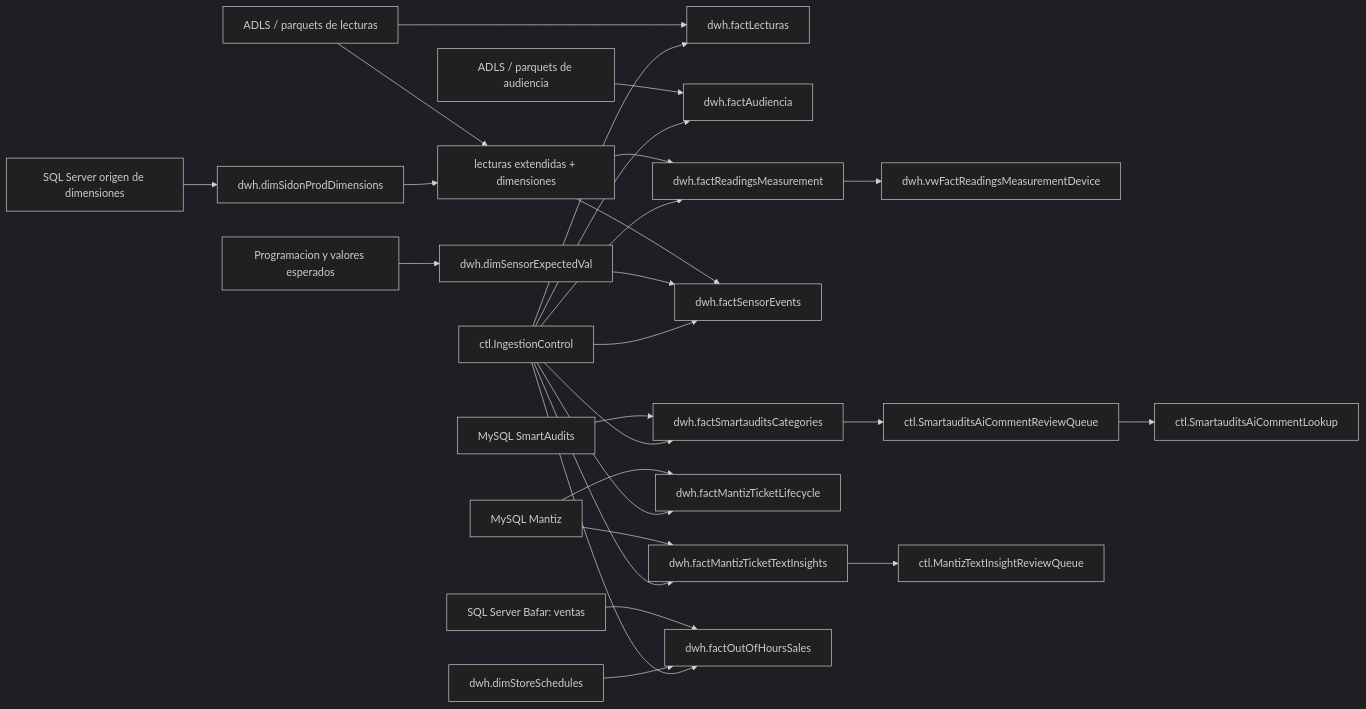
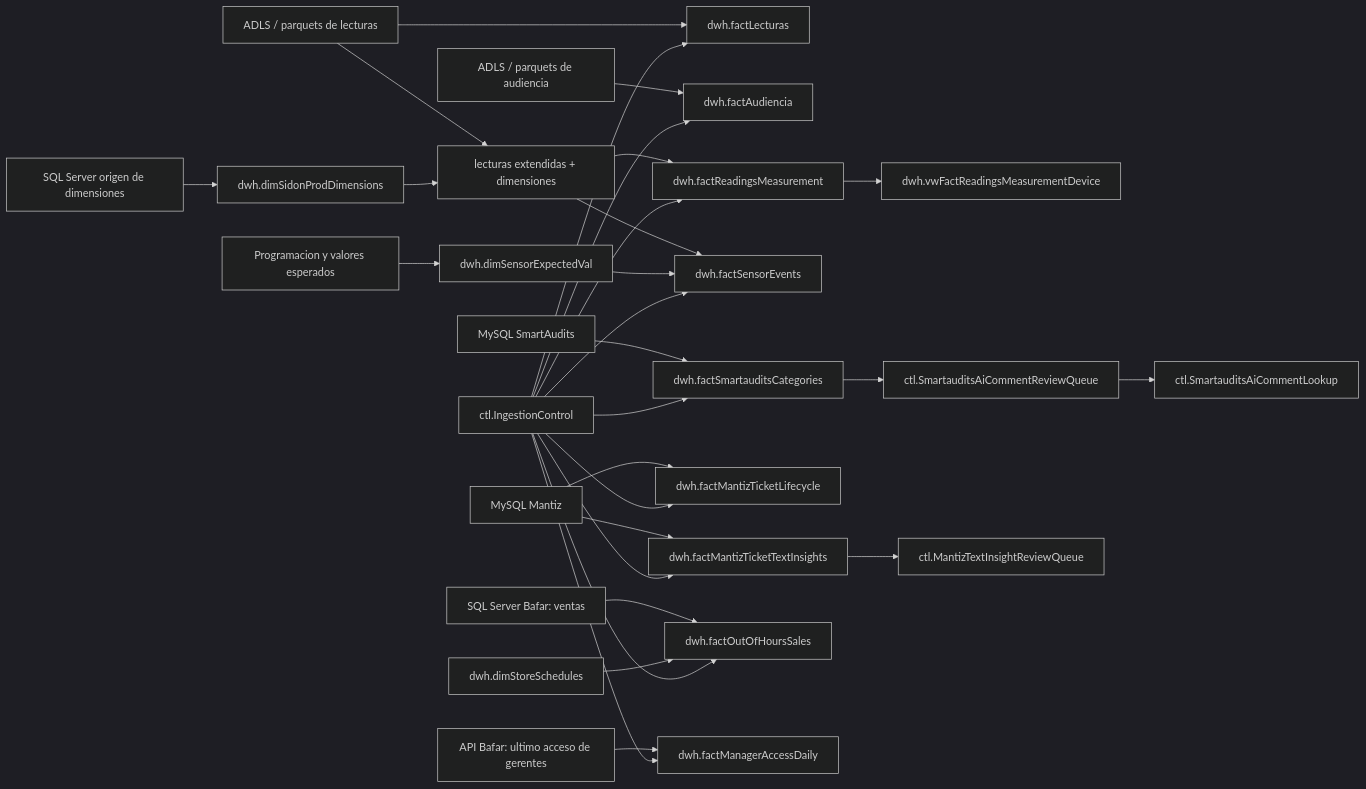
One commit to leotrevizo37/data-etls changed the diagram in docs/architecture/data_flow.md. Above: the diagram before and after it, drawn with Mermaid (dark theme). The commit also changed other lines of this file and 5 other files, not shown here.

````diff
--- a/docs/architecture/data_flow.md
+++ b/docs/architecture/data_flow.md
@@ -5,35 +5,38 @@
 ```mermaid
 flowchart LR
   adls["ADLS / parquets de lecturas"] --> factLecturas["dwh.factLecturas"]
   adls --> readingsExtended["lecturas extendidas + dimensiones"]
   audience["ADLS / parquets de audiencia"] --> factAudiencia["dwh.factAudiencia"]
   sqlDims["SQL Server origen de dimensiones"] --> dimSidon["dwh.dimSidonProdDimensions"]
   sqlSchedule["Programacion y valores esperados"] --> expected["dwh.dimSensorExpectedVal"]
 
   dimSidon --> readingsExtended
   readingsExtended --> measurements["dwh.factReadingsMeasurement"]
   measurements --> deviceView["dwh.vwFactReadingsMeasurementDevice"]
 
   readingsExtended --> sensorEvents["dwh.factSensorEvents"]
   expected --> sensorEvents
 
   smartauditsMySql["MySQL SmartAudits"] --> smartauditsFact["dwh.factSmartauditsCategories"]
   smartauditsFact --> smartauditsReview["ctl.SmartauditsAiCommentReviewQueue"]
   smartauditsReview --> smartauditsLookup["ctl.SmartauditsAiCommentLookup"]
 
   mantizMySql["MySQL Mantiz"] --> mantizLifecycle["dwh.factMantizTicketLifecycle"]
   mantizMySql --> mantizInsights["dwh.factMantizTicketTextInsights"]
   mantizInsights --> mantizReview["ctl.MantizTextInsightReviewQueue"]
 
   bafarSales["SQL Server Bafar: ventas"] --> outOfHoursSales["dwh.factOutOfHoursSales"]
   bafarSchedules["dwh.dimStoreSchedules"] --> outOfHoursSales
 
+  managerAccessApi["API Bafar: ultimo acceso de gerentes"] --> managerAccess["dwh.factManagerAccessDaily"]
+
   control["ctl.IngestionControl"] --> factLecturas
   control --> factAudiencia
   control --> measurements
   control --> sensorEvents
   control --> smartauditsFact
   control --> mantizLifecycle
   control --> mantizInsights
   control --> outOfHoursSales
+  control --> managerAccess
 ```
````
